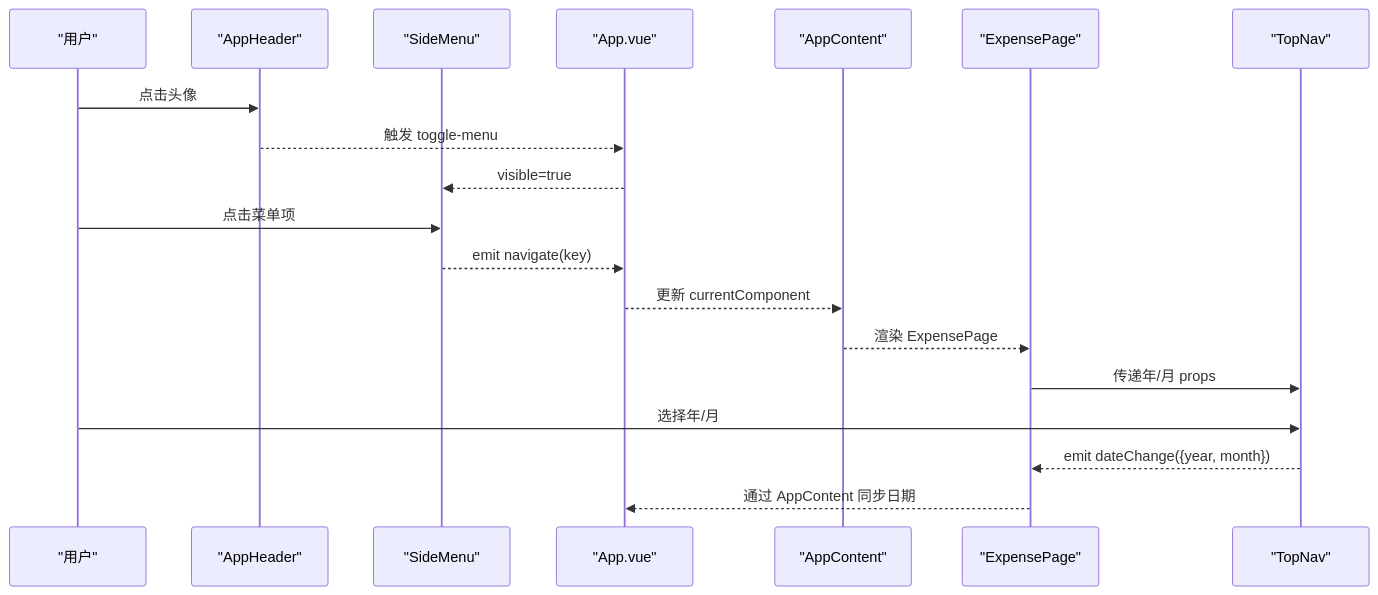
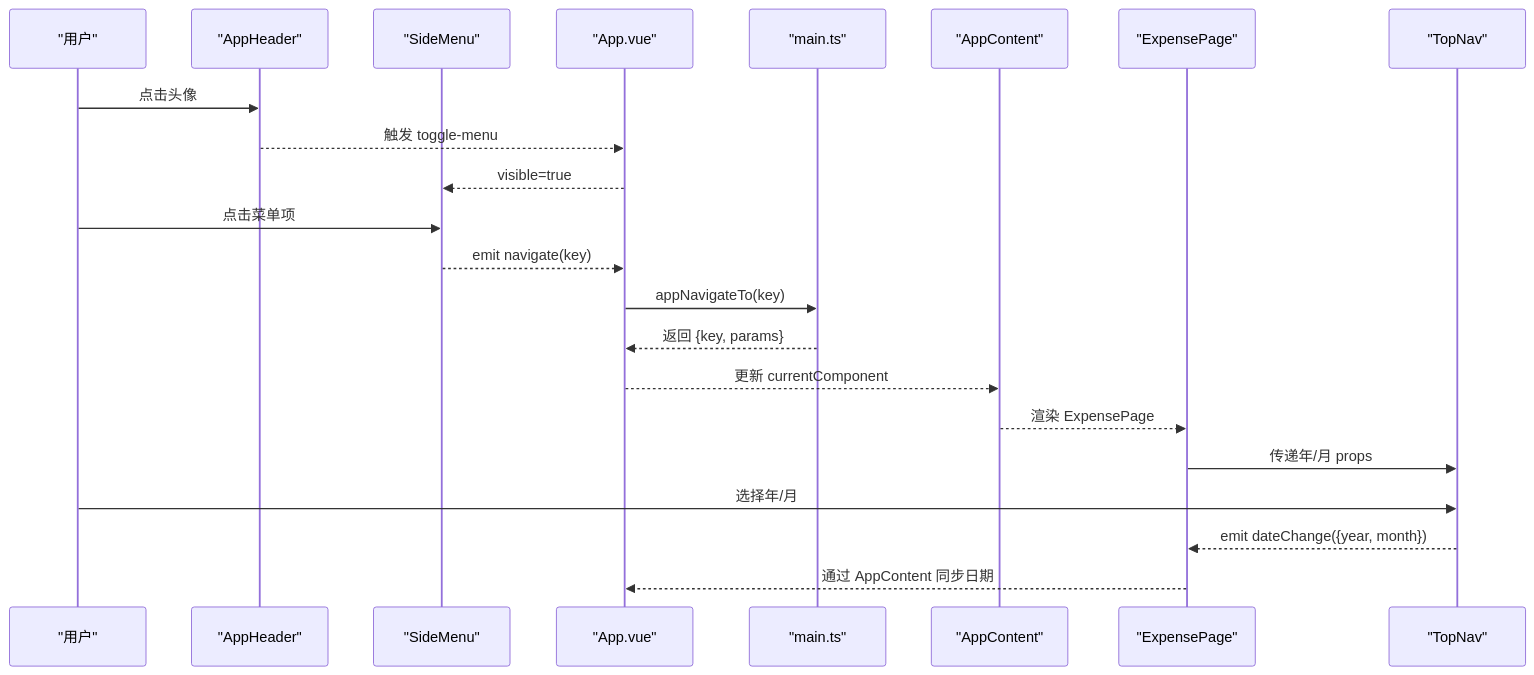
The second of 7 diagrams in .qoder/repowiki/zh/content/UI组件/导航组件.md (xiao-lin-unit/yuan), drawn with Mermaid before and after one commit. The commit also changed other lines of this file and 9 other files, not shown here.

````diff
--- a/.qoder/repowiki/zh/content/UI组件/导航组件.md
+++ b/.qoder/repowiki/zh/content/UI组件/导航组件.md
@@ -116,21 +139,24 @@
 ```mermaid
 sequenceDiagram
 participant U as "用户"
 participant AH as "AppHeader"
 participant SM as "SideMenu"
 participant App as "App.vue"
+participant Main as "main.ts"
 participant AC as "AppContent"
 participant EP as "ExpensePage"
 participant TN as "TopNav"
 U->>AH : 点击头像
 AH-->>App : 触发 toggle-menu
 App-->>SM : visible=true
 U->>SM : 点击菜单项
 SM-->>App : emit navigate(key)
+App->>Main : appNavigateTo(key)
+Main-->>App : 返回 {key, params}
 App-->>AC : 更新 currentComponent
 AC-->>EP : 渲染 ExpensePage
 EP->>TN : 传递年/月 props
 U->>TN : 选择年/月
 TN-->>EP : emit dateChange({year, month})
 EP-->>App : 通过 AppContent 同步日期
 ```
````
